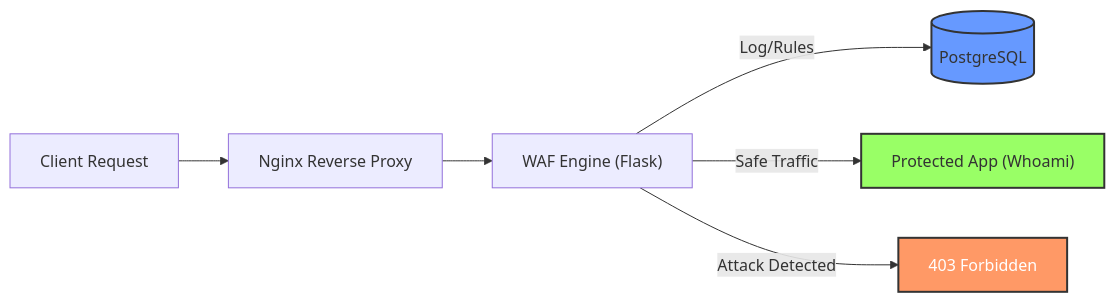
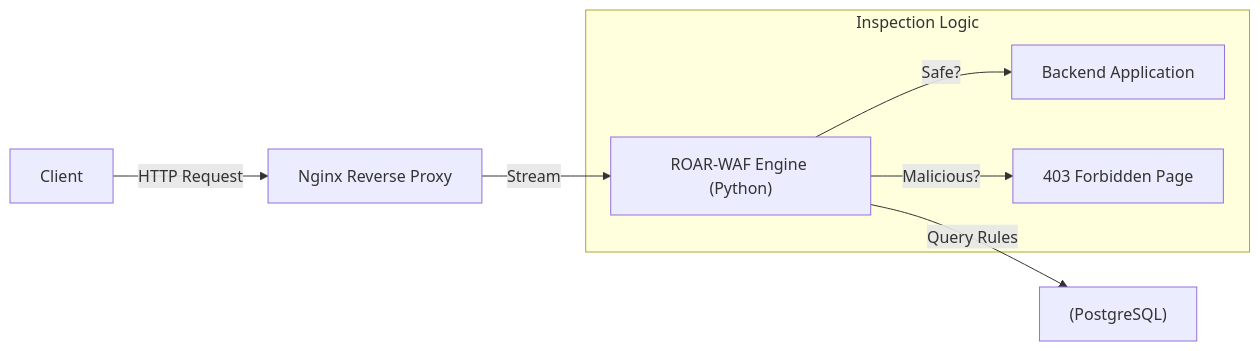
One commit to MowlandCodes/roar-waf changed the diagram in README.md. Above: the diagram before and after it, drawn with Mermaid.

Commit message:
change graph to be more simple

````diff
--- a/README.md
+++ b/README.md
@@ -19,15 +19,11 @@
 ```mermaid
-flowchart LR
-    User["Client Request"] --> Nginx["Nginx Reverse Proxy"]
-    Nginx --> Engine["WAF Engine (Flask)"]
+graph LR
+    User["Client"] -- HTTP Request --> Nginx["Nginx Reverse Proxy"]
+    Nginx -- Stream --> WAF["ROAR-WAF Engine (Python)"]
+    WAF -- Query Rules --> DB["(PostgreSQL)"]
 
-    %% Logic Decision
-    Engine -- Log/Rules --> DB[("PostgreSQL")]
-    Engine -- Safe Traffic --> App["Protected App (Whoami)"]
-    Engine -- Attack Detected --> Block["403 Forbidden"]
-
-    %% Styling
-    style Block fill:#f96,stroke:#333,stroke-width:2px,color:white
-    style App fill:#9f6,stroke:#333,stroke-width:2px
-    style DB fill:#69f,stroke:#333,stroke-width:2px
+    subgraph Inspection Logic
+    WAF -- Safe? --> Upstream["Backend Application"]
+    WAF -- Malicious? --> Block["403 Forbidden Page"]
+    end
 ```
````
